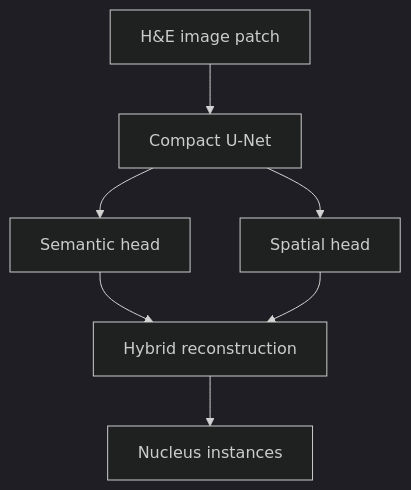
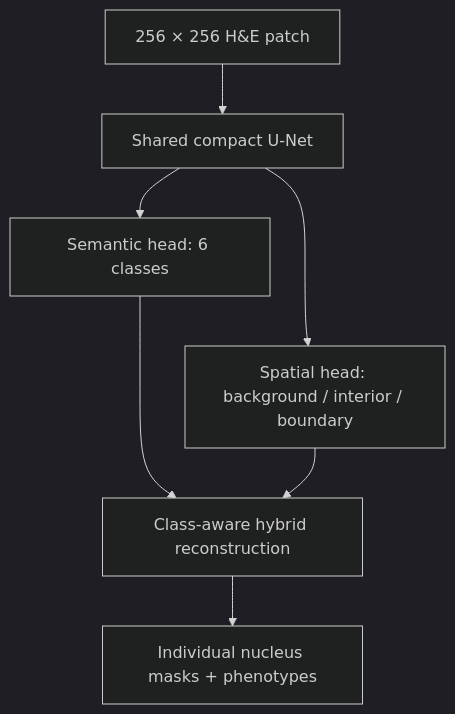
Before and after one commit to rane-mahfoud/pancancer-nuclei-dashboard: the first of 2 diagrams in README.md, drawn with Mermaid (dark theme). The commit also changed other lines of this file, not shown here.

Commit message:
Fix README diagram layout without changing content

````diff
--- a/README.md
+++ b/README.md
@@ -85,9 +85,10 @@
 ```mermaid
 flowchart TD
-    A[H&E image patch] --> B[Compact U-Net]
-    B --> C[Semantic head]
-    B --> D[Spatial head]
-    C --> E[Hybrid reconstruction]
+    A[256 × 256 H&E patch] --> B[Shared compact U-Net]
+    B --> C[Semantic head: 6 classes]
+    B --> D[Spatial head: background / interior / boundary]
+    C ~~~ D
+    C --> E[Class-aware hybrid reconstruction]
     D --> E
-    E --> F[Nucleus instances]
+    E --> F[Individual nucleus masks + phenotypes]
 ```
````
